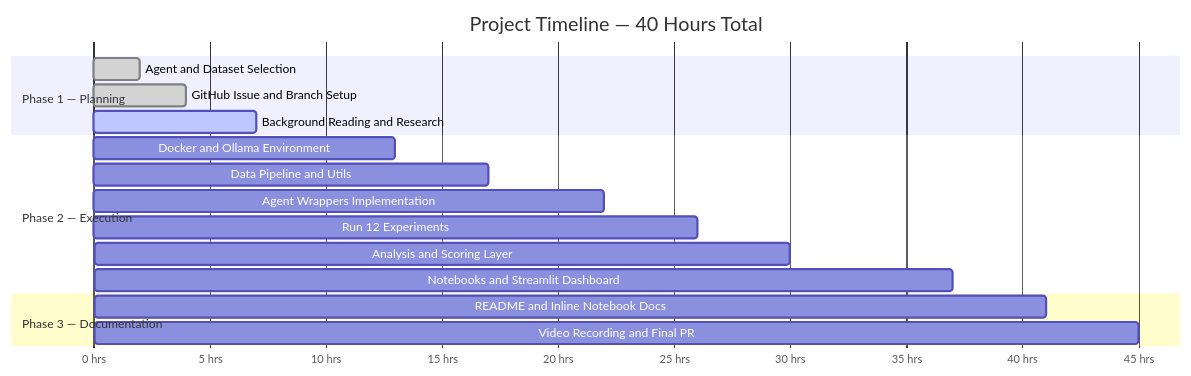
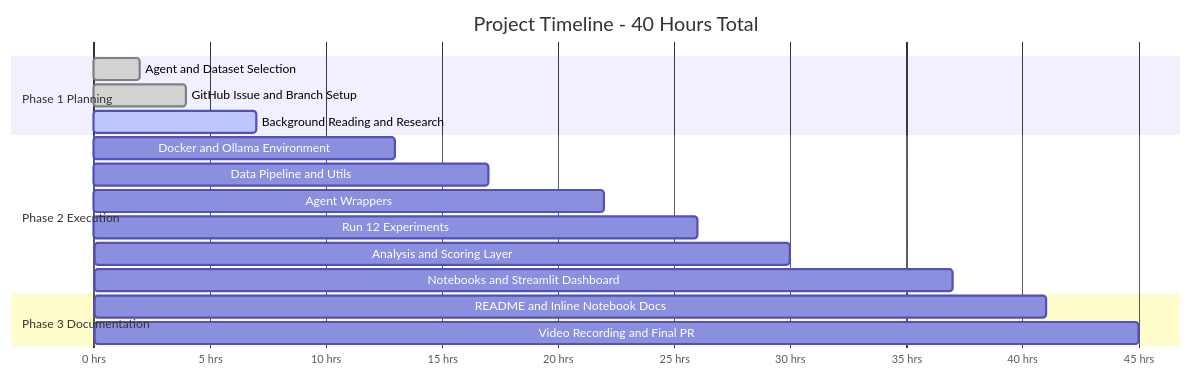
The seventh of 7 diagrams in README.md (Akhil-Kambhatla/comparison-of-DS-Agents), drawn with Mermaid before and after one commit. The commit also changed other lines of this file, not shown here.

````diff
--- a/README.md
+++ b/README.md
@@ -564,23 +650,23 @@
 ```mermaid
 gantt
-    title Project Timeline — 40 Hours Total
+    title Project Timeline - 40 Hours Total
     dateFormat  X
     axisFormat  %s hrs
 
-    section Phase 1 — Planning
+    section Phase 1 Planning
     Agent and Dataset Selection       :done,    p1, 0, 2
     GitHub Issue and Branch Setup     :done,    p2, 2, 4
     Background Reading and Research   :active,  p3, 4, 7
 
-    section Phase 2 — Execution
+    section Phase 2 Execution
     Docker and Ollama Environment     :         e1, 7, 13
     Data Pipeline and Utils           :         e2, 13, 17
-    Agent Wrappers Implementation     :         e3, 17, 22
+    Agent Wrappers                    :         e3, 17, 22
     Run 12 Experiments                :         e4, 22, 26
     Analysis and Scoring Layer        :         e5, 26, 30
     Notebooks and Streamlit Dashboard :         e6, 30, 37
 
-    section Phase 3 — Documentation
+    section Phase 3 Documentation
     README and Inline Notebook Docs   :         d1, 37, 41
     Video Recording and Final PR      :         d2, 41, 45
 ```
````
